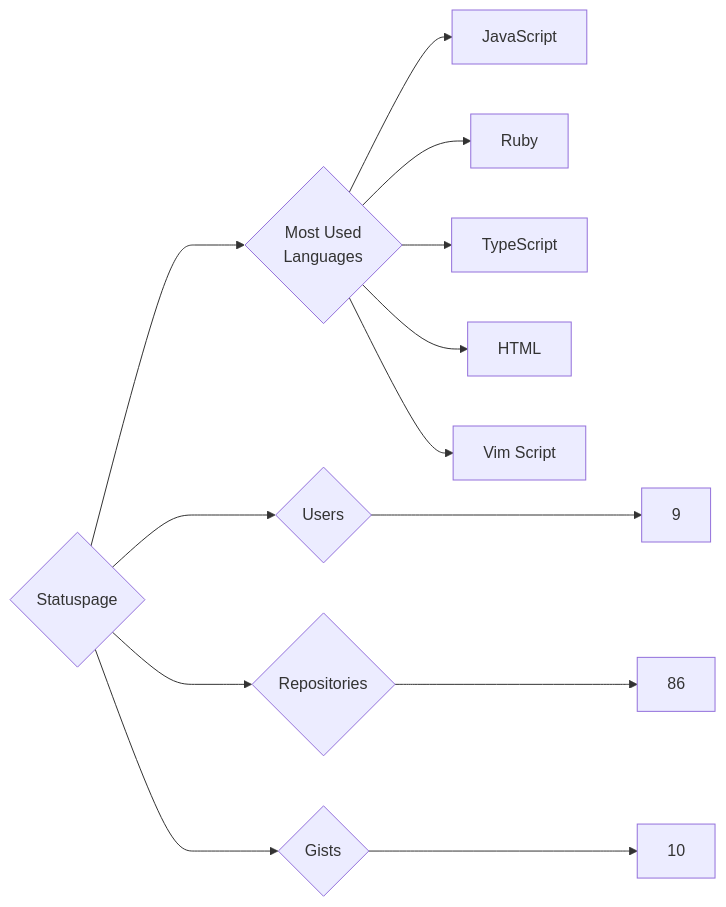
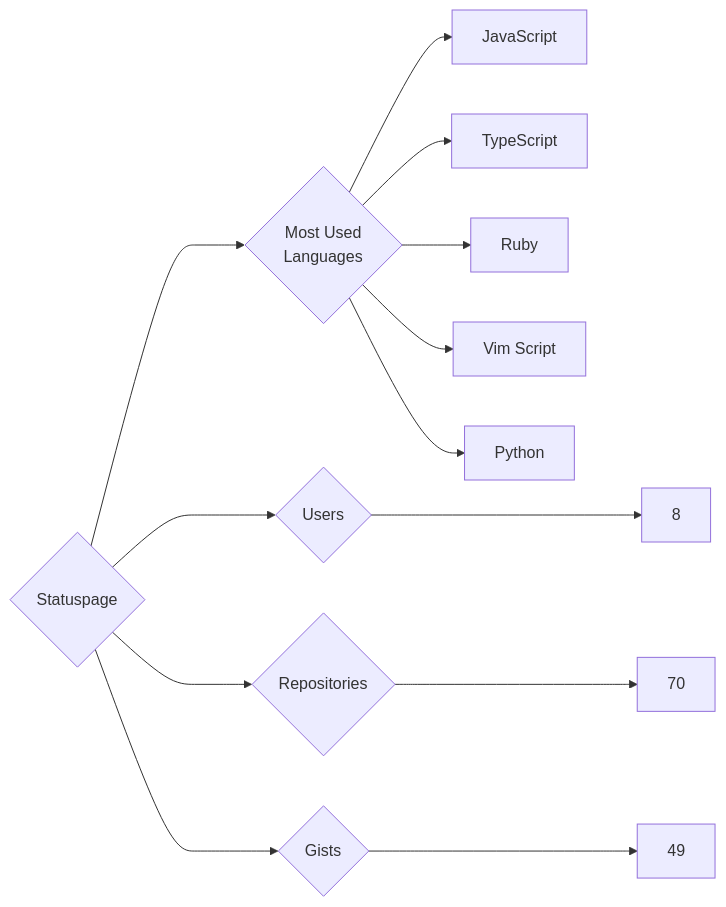
Before and after one commit to trickest/insiders: the diagram in targets/Statuspage/README.md, drawn with Mermaid. The commit also changed 1496 other files, not shown here.

````diff
--- a/targets/Statuspage/README.md
+++ b/targets/Statuspage/README.md
@@ -3,13 +3,13 @@
 ```mermaid
 graph LR
 COMPANY_NAME{Statuspage}
-COMPANY_NAME ---> U{Users} ---> UN[9]
-COMPANY_NAME ---> R{Repositories} ---> RN[86]
-COMPANY_NAME ---> G{Gists} ---> GN[10]
+COMPANY_NAME ---> U{Users} ---> UN[8]
+COMPANY_NAME ---> R{Repositories} ---> RN[70]
+COMPANY_NAME ---> G{Gists} ---> GN[49]
 COMPANY_NAME ---> ML{Most Used<br>Languages}
 ML --> JavaScript[JavaScript]
+ML --> TypeScript[TypeScript]
 ML --> Ruby[Ruby]
-ML --> TypeScript[TypeScript]
-ML --> HTML[HTML]
 ML --> Vim_Script[Vim Script]
+ML --> Python[Python]
 ```
````
